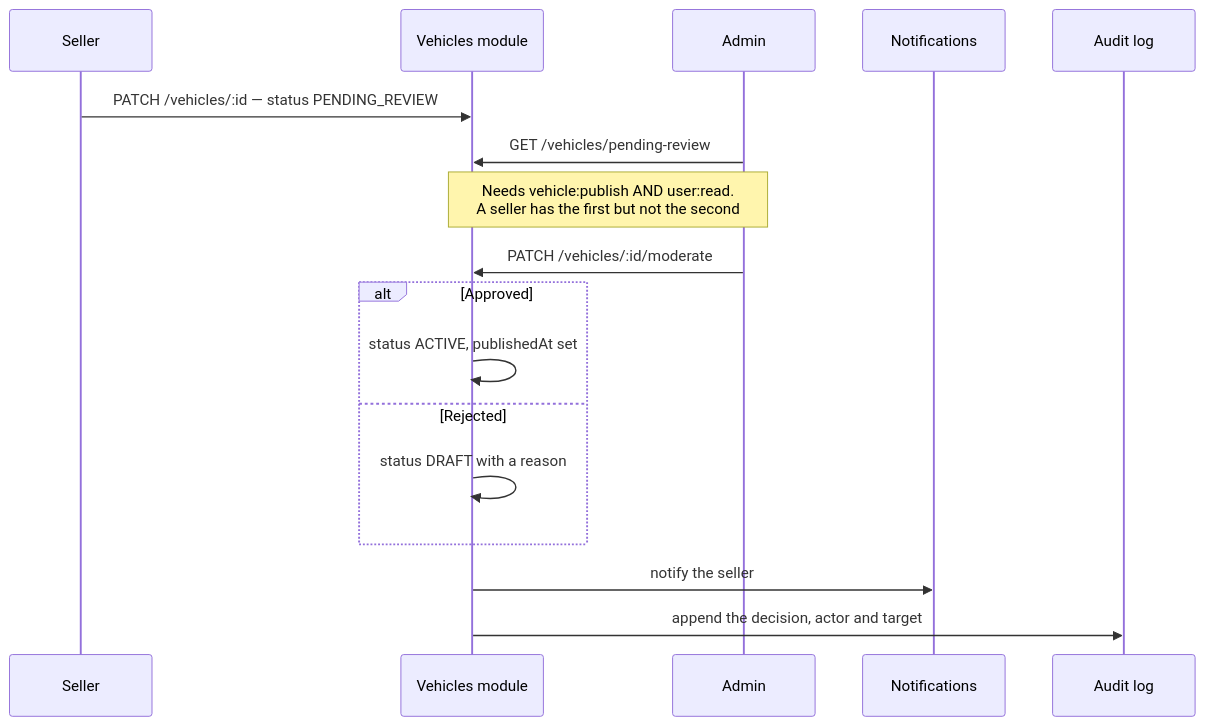
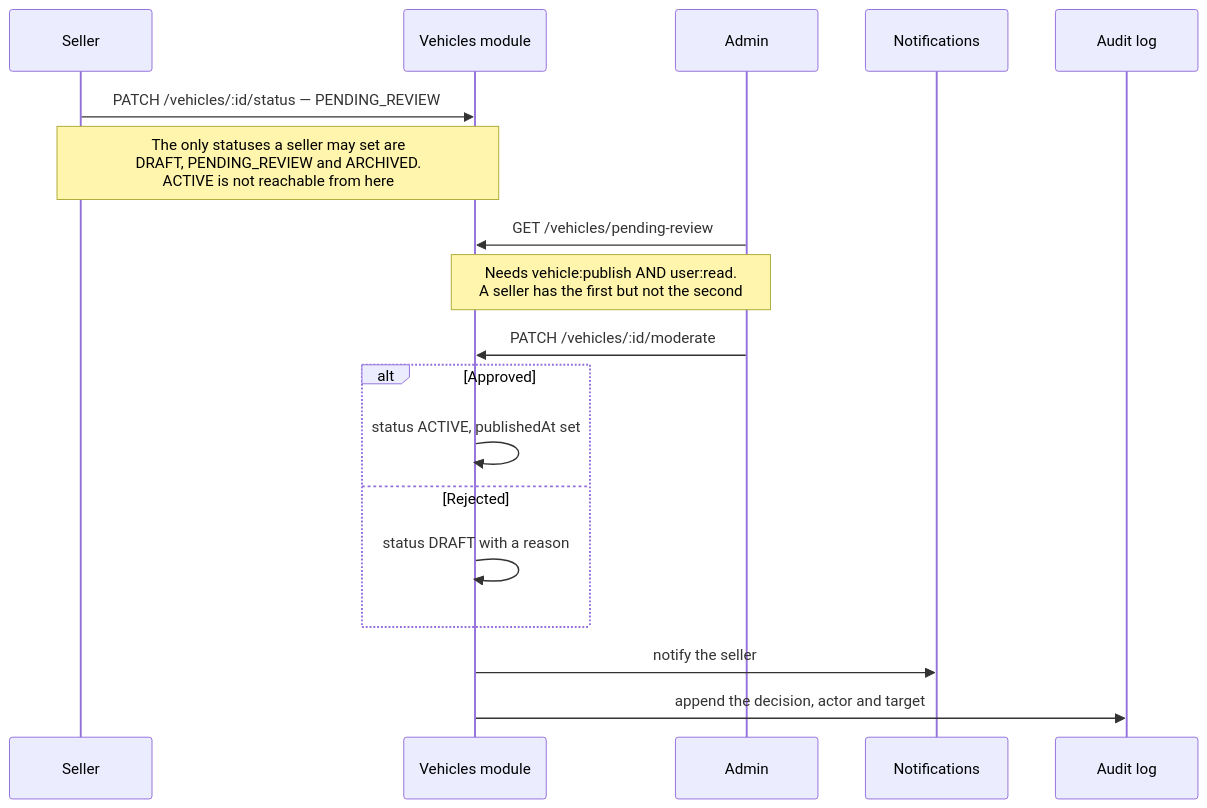
Diagram 11 of 21 in documentation/transaction-flow.md (MohammadZakariaDehghani/Vintrax), drawn with Mermaid before and after one commit. The commit also changed other lines of this file and 26 other files, not shown here.

````diff
--- a/documentation/transaction-flow.md
+++ b/documentation/transaction-flow.md
@@ -407,20 +411,21 @@
 ```mermaid
 sequenceDiagram
     participant S as Seller
     participant API as Vehicles module
     participant A as Admin
     participant N as Notifications
     participant L as Audit log
 
-    S->>API: PATCH /vehicles/:id — status PENDING_REVIEW
+    S->>API: PATCH /vehicles/:id/status — PENDING_REVIEW
+    Note over S,API: The only statuses a seller may set are<br/>DRAFT, PENDING_REVIEW and ARCHIVED.<br/>ACTIVE is not reachable from here
     A->>API: GET /vehicles/pending-review
     Note over A,API: Needs vehicle:publish AND user:read.<br/>A seller has the first but not the second
     A->>API: PATCH /vehicles/:id/moderate
     alt Approved
         API->>API: status ACTIVE, publishedAt set
     else Rejected
         API->>API: status DRAFT with a reason
     end
     API->>N: notify the seller
     API->>L: append the decision, actor and target
 ```
````
